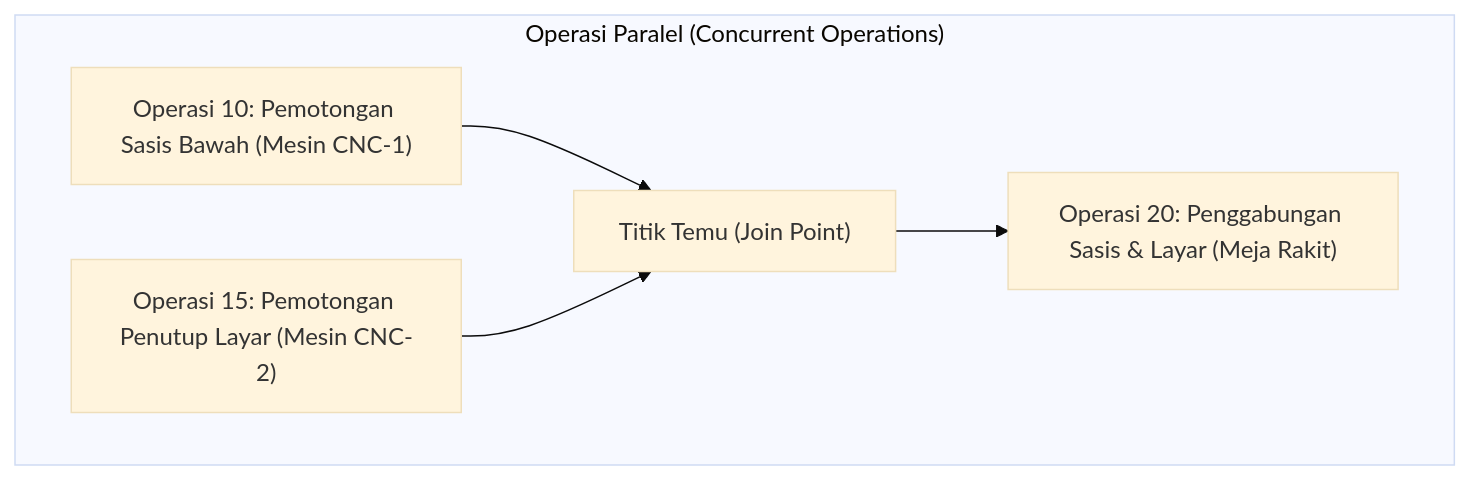
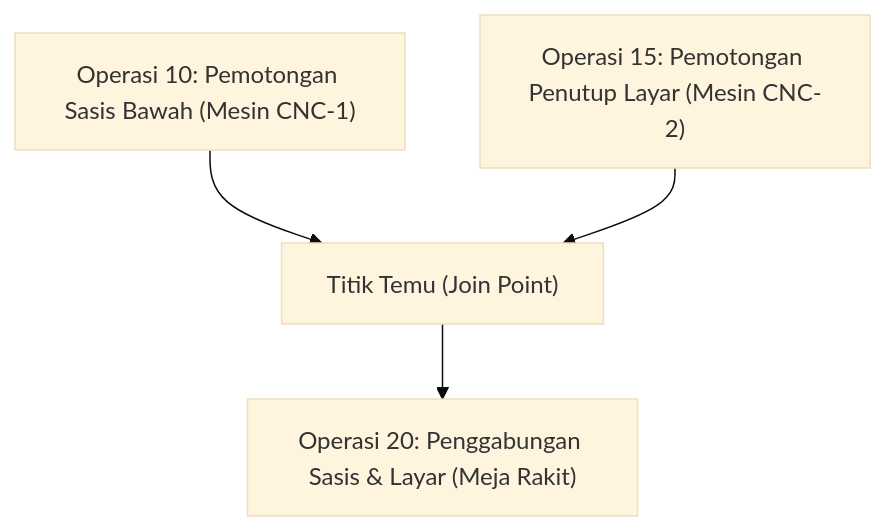
The third of 3 diagrams in content/06-manufacturing/routing-and-work-center.md (alimurrofid/erp-notes), drawn with Mermaid (base theme) before and after one commit. The commit also changed other lines of this file and 58 other files, not shown here.

Commit message:
fix(content):Mermaid Subgraph

````diff
--- a/content/06-manufacturing/routing-and-work-center.md
+++ b/content/06-manufacturing/routing-and-work-center.md
@@ -116,13 +114,11 @@
 ```mermaid
 flowchart TD
-    subgraph ParallelRouting["Operasi Paralel (Concurrent Operations)"]
         Op10["Operasi 10: Pemotongan Sasis Bawah (Mesin CNC-1)"]
         Op15["Operasi 15: Pemotongan Penutup Layar (Mesin CNC-2)"]
         Join["Titik Temu (Join Point)"]
         Op20["Operasi 20: Penggabungan Sasis & Layar (Meja Rakit)"]
         
         Op10 --> Join
         Op15 --> Join
         Join --> Op20
-    end
 ```
````
